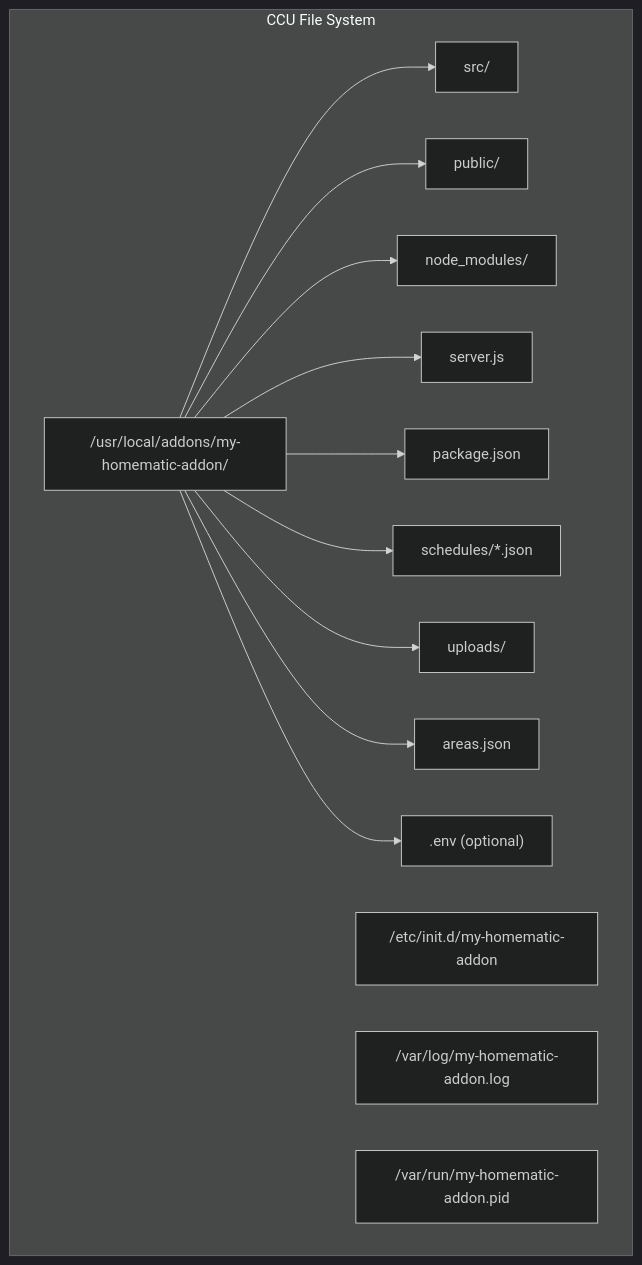
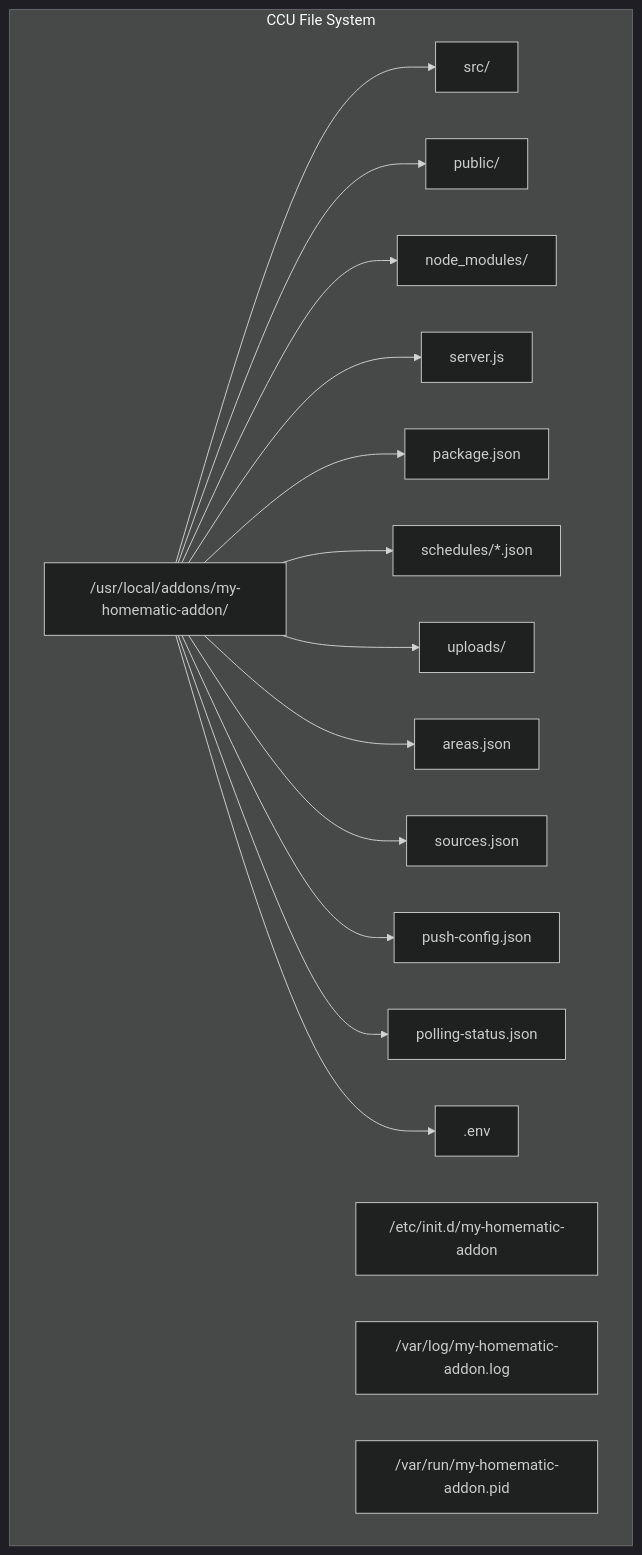
Before and after one commit to rore78/homematicHeatingWithNumbersFile: the second of 2 diagrams in docs/deployment.md, drawn with Mermaid (dark theme). The commit also changed other lines of this file and 72 other files, not shown here.

````diff
--- a/docs/deployment.md
+++ b/docs/deployment.md
@@ -108,19 +136,22 @@
 ```mermaid
 graph TD
     subgraph "CCU File System"
         A["/usr/local/addons/my-homematic-addon/"]
         A --> B["src/"]
         A --> C["public/"]
         A --> D["node_modules/"]
         A --> E["server.js"]
         A --> F["package.json"]
         A --> G["schedules/*.json"]
         A --> H["uploads/"]
         A --> I["areas.json"]
-        A --> J[".env (optional)"]
+        A --> J["sources.json"]
+        A --> K["push-config.json"]
+        A --> L["polling-status.json"]
+        A --> M[".env"]
 
-        K["/etc/init.d/my-homematic-addon"]
-        L["/var/log/my-homematic-addon.log"]
-        M["/var/run/my-homematic-addon.pid"]
+        N["/etc/init.d/my-homematic-addon"]
+        O["/var/log/my-homematic-addon.log"]
+        P["/var/run/my-homematic-addon.pid"]
     end
 ```
````
